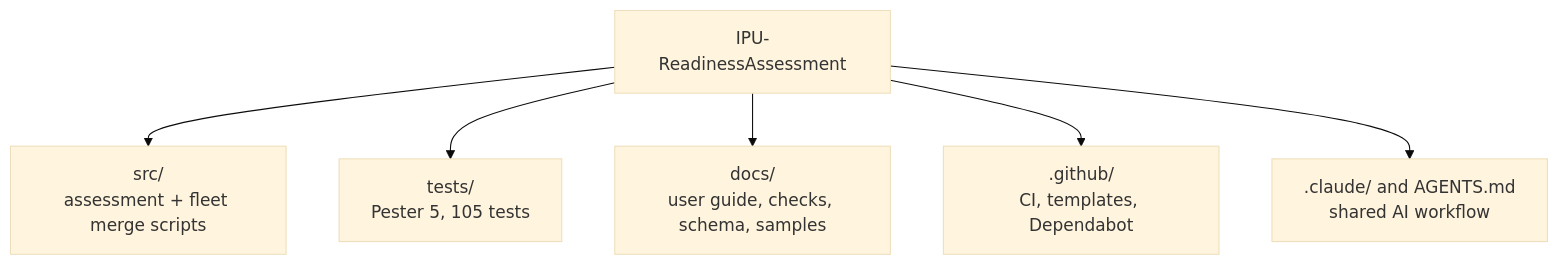
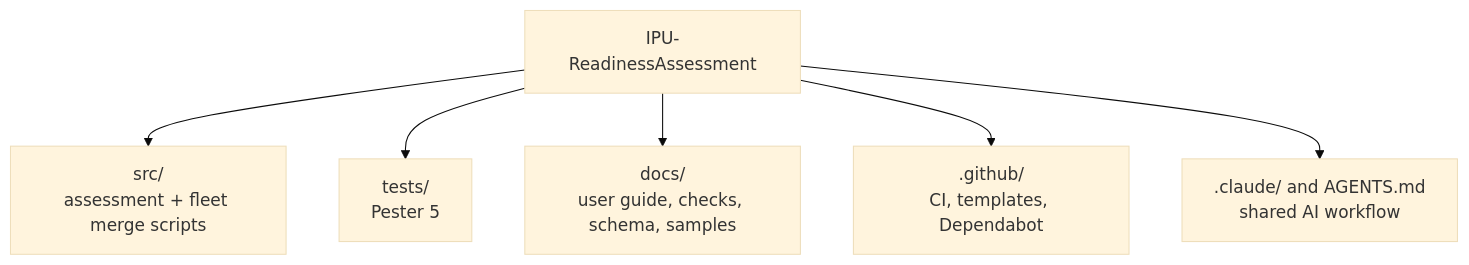
One commit to JeanKadang/IPU-ReadinessAssessment changed the third of 3 diagrams in README.md. Above: the diagram before and after it, drawn with Mermaid (base theme). The commit also changed other lines of this file and 1 other file, not shown here.

````diff
--- a/README.md
+++ b/README.md
@@ -134,8 +134,8 @@
 ```mermaid
 flowchart TD
     R[IPU-ReadinessAssessment] --> S[src/<br/>assessment + fleet merge scripts]
-    R --> T[tests/<br/>Pester 5, 105 tests]
+    R --> T[tests/<br/>Pester 5]
     R --> D[docs/<br/>user guide, checks, schema, samples]
     R --> G[.github/<br/>CI, templates, Dependabot]
     R --> C[.claude/ and AGENTS.md<br/>shared AI workflow]
 ```
````
